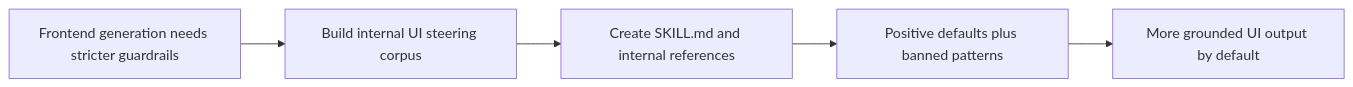
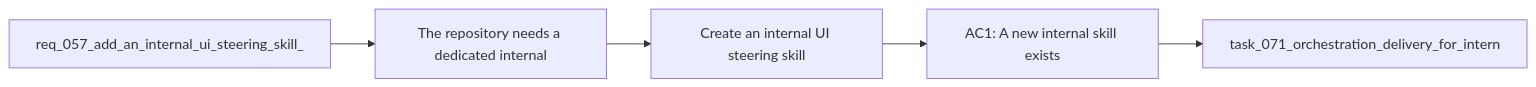
One commit to AlexAgo83/logics-manager changed the diagram in logics/backlog/item_068_create_an_internal_ui_steering_skill_corpus_and_reference_pack.md. Above: the diagram before and after it, drawn with Mermaid. The commit also changed 481 other files, not shown here.

````diff
--- a/logics/backlog/item_068_create_an_internal_ui_steering_skill_corpus_and_reference_pack.md
+++ b/logics/backlog/item_068_create_an_internal_ui_steering_skill_corpus_and_reference_pack.md
@@ -37,8 +37,9 @@
 ```mermaid
+%% logics-kind: backlog
 %% logics-signature: backlog|create-an-internal-ui-steering-skill-cor|req-057-add-an-internal-ui-steering-skil|the-repository-needs-a-dedicated-interna|ac1-a-new-internal-skill-exists
 flowchart LR
-    Need[Frontend generation needs stricter guardrails] --> Corpus[Build internal UI steering corpus]
-    Corpus --> Skill[Create SKILL.md and internal references]
-    Skill --> Guidance[Positive defaults plus banned patterns]
-    Guidance --> Outcome[More grounded UI output by default]
+    Request[req_057_add_an_internal_ui_steering_skill_] --> Problem[The repository needs a dedicated internal]
+    Problem --> Scope[Create an internal UI steering skill]
+    Scope --> Acceptance[AC1: A new internal skill exists]
+    Acceptance --> Tasks[task_071_orchestration_delivery_for_intern]
 ```
````
